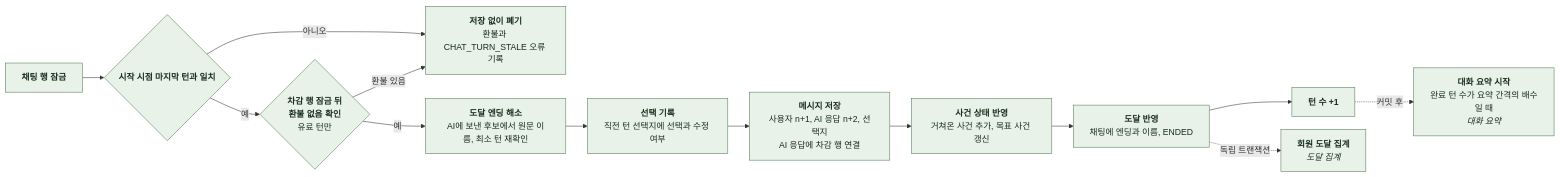
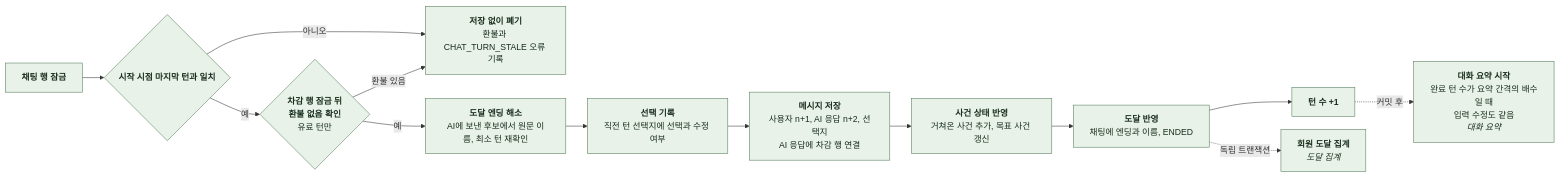
Diagram 11 of 19 in docs/domain/CHAT/BACKEND/4-1-PIPELINES.md (KIM-N-KANG/knk-harness), drawn with Mermaid before and after one commit. The commit also changed other lines of this file and 21 other files, not shown here.

````diff
--- a/docs/domain/CHAT/BACKEND/4-1-PIPELINES.md
+++ b/docs/domain/CHAT/BACKEND/4-1-PIPELINES.md
@@ -507,30 +504,31 @@
 ```mermaid
 %%{init: {"flowchart": {"curve": "basis", "nodeSpacing": 24, "rankSpacing": 40}}}%%
 flowchart LR
     A["`**채팅 행 잠금**`"] --> V{"`**시작 시점 마지막 턴과 일치**`"}
     V -->|아니오| X["`**저장 없이 폐기**
 환불과 CHAT_TURN_STALE 오류 기록`"]
     V -->|예| P{"`**차감 행 잠금 뒤
 환불 없음 확인**
 유료 턴만`"}
     P -->|환불 있음| X
     P -->|예| B["`**도달 엔딩 해소**
 AI에 보낸 후보에서 원문 이름, 최소 턴 재확인`"]
     B --> C["`**선택 기록**
 직전 턴 선택지에 선택과 수정 여부`"]
     C --> D["`**메시지 저장**
 사용자 n+1, AI 응답 n+2, 선택지
 AI 응답에 차감 행 연결`"]
     D --> E["`**사건 상태 반영**
 거쳐온 사건 추가, 목표 사건 갱신`"]
     E --> F["`**도달 반영**
 채팅에 엔딩과 이름, ENDED`"]
     F --> G["`**턴 수 +1**`"]
     F -.->|독립 트랜잭션| H["`**회원 도달 집계**
 *도달 집계*`"]
     G -.->|커밋 후| K["`**대화 요약 시작**
 완료 턴 수가 요약 간격의 배수일 때
+입력 수정도 같음
 *대화 요약*`"]
     classDef comp fill:#E8F2E8,stroke:#527A59,color:#182D1D
     class A,V,X,P,B,C,D,E,F,G,H,K comp
 ```
````
